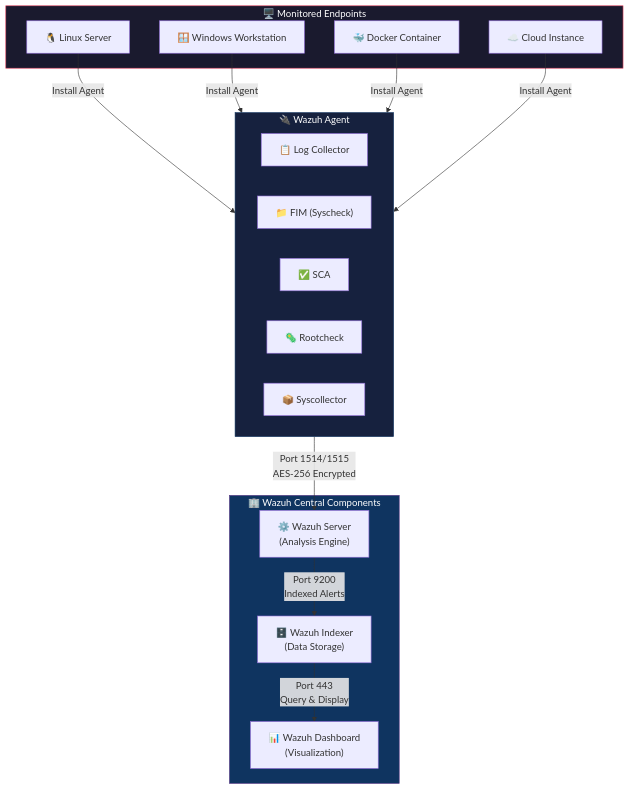
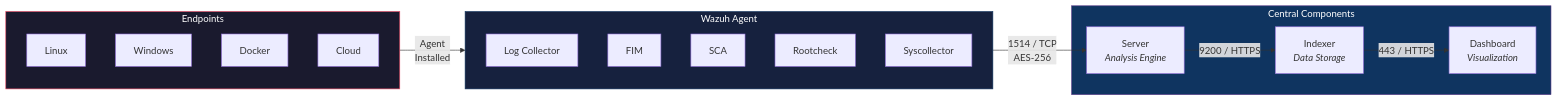
The diagram in README.md (AbdurRazzaq2004/Wazuh-Security-Platform), drawn with Mermaid before and after one commit. The commit also changed other lines of this file, not shown here.

Commit message:
✨ Redesign README — clean professional layout, proper tables, collapsible sections, HTML components

````diff
--- a/README.md
+++ b/README.md
@@ -61,32 +53,33 @@
 ```mermaid
-graph TB
-    subgraph Endpoints["🖥️ Monitored Endpoints"]
-        A1["🐧 Linux Server"]
-        A2["🪟 Windows Workstation"]
-        A3["🐳 Docker Container"]
-        A4["☁️ Cloud Instance"]
+flowchart LR
+    subgraph EP["Endpoints"]
+        A1["Linux"]
+        A2["Windows"]
+        A3["Docker"]
+        A4["Cloud"]
     end
 
-    subgraph Agent["🔌 Wazuh Agent"]
-        M1["📋 Log Collector"]
-        M2["📁 FIM (Syscheck)"]
-        M3["✅ SCA"]
-        M4["🦠 Rootcheck"]
-        M5["📦 Syscollector"]
+    subgraph AG["Wazuh Agent"]
+        direction TB
+        M1["Log Collector"]
+        M2["FIM"]
+        M3["SCA"]
+        M4["Rootcheck"]
+        M5["Syscollector"]
     end
 
-    subgraph Central["🏢 Wazuh Central Components"]
-        S["⚙️ Wazuh Server\n(Analysis Engine)"]
-        I["🗄️ Wazuh Indexer\n(Data Storage)"]
-        D["📊 Wazuh Dashboard\n(Visualization)"]
+    subgraph CC["Central Components"]
+        S["Server<br/><i>Analysis Engine</i>"]
+        I["Indexer<br/><i>Data Storage</i>"]
+        D["Dashboard<br/><i>Visualization</i>"]
     end
 
-    A1 & A2 & A3 & A4 -->|"Install Agent"| Agent
-    Agent -->|"Port 1514/1515\nAES-256 Encrypted"| S
-    S -->|"Port 9200\nIndexed Alerts"| I
-    I -->|"Port 443\nQuery & Display"| D
+    EP -->|"Agent<br/>Installed"| AG
+    AG -->|"1514 / TCP<br/>AES-256"| S
+    S -->|"9200 / HTTPS"| I
+    I -->|"443 / HTTPS"| D
 
-    style Endpoints fill:#1a1a2e,stroke:#e94560,color:#fff
-    style Agent fill:#16213e,stroke:#0f3460,color:#fff
-    style Central fill:#0f3460,stroke:#533483,color:#fff
+    style EP fill:#1a1a2e,stroke:#e94560,color:#fff
+    style AG fill:#16213e,stroke:#0f3460,color:#fff
+    style CC fill:#0f3460,stroke:#533483,color:#fff
 ```
````
